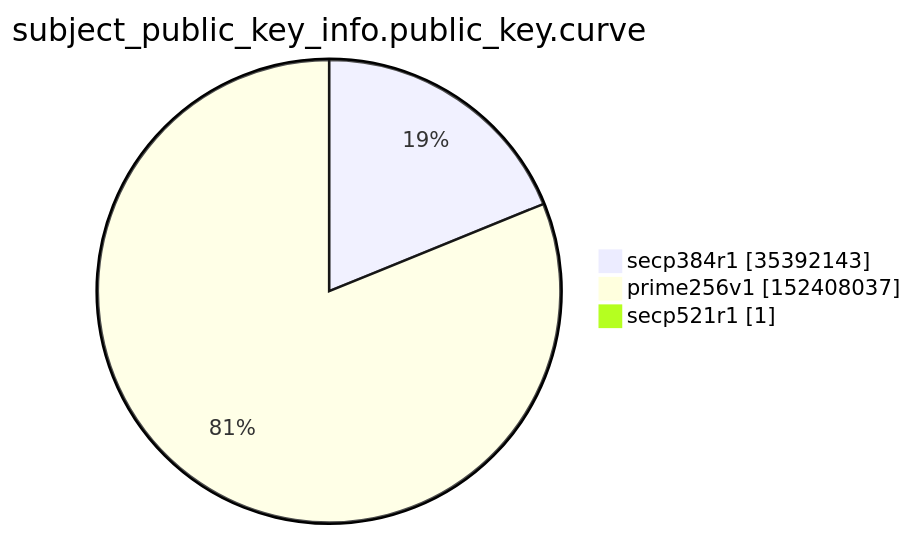
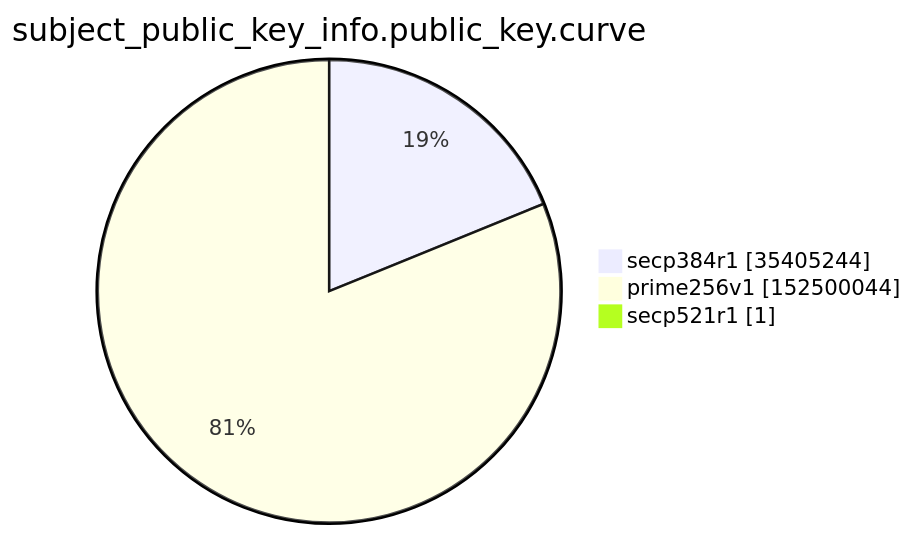
The ninth of 15 diagrams in argon2022/README.md (christiankrug/ctmonitor_visualization), drawn with Mermaid before and after one commit. The commit also changed other lines of this file, not shown here.

````diff
--- a/argon2022/README.md
+++ b/argon2022/README.md
@@ -2765,7 +2765,7 @@
 ```mermaid
 pie showData
 title subject_public_key_info.public_key.curve
-"secp384r1" :35392143
-"prime256v1" :152408037
+"secp384r1" :35405244
+"prime256v1" :152500044
 "secp521r1" :1
 ```
````
